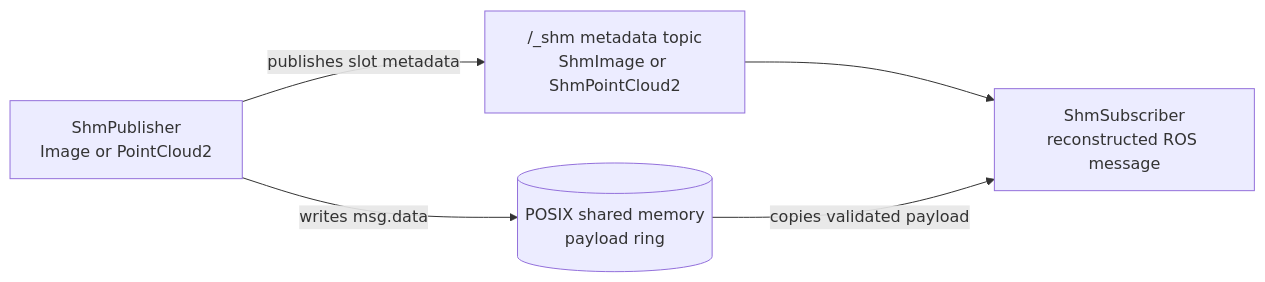
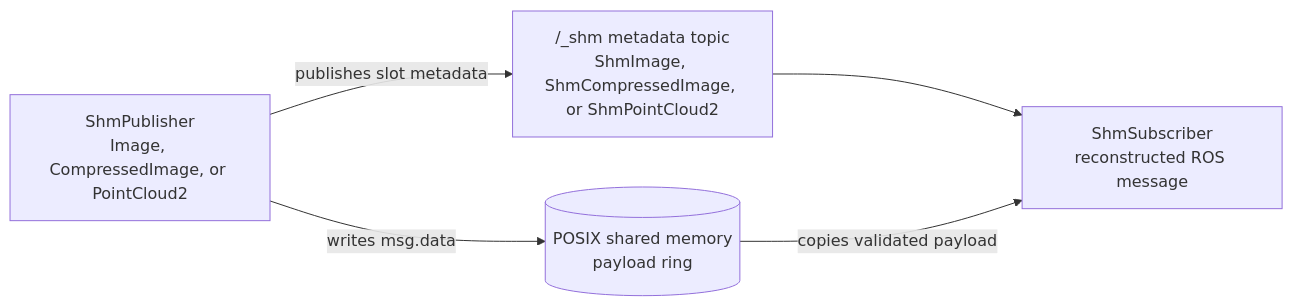
The first of 2 diagrams in README.md (Maik13579/ros2_shm_sensor_transport), drawn with Mermaid before and after one commit. The commit also changed other lines of this file and 17 other files, not shown here.

First line of the commit message:
Add compressed image SHM transport

````diff
--- a/README.md
+++ b/README.md
@@ -47,12 +48,12 @@
 ```mermaid
 flowchart LR
-    pub["ShmPublisher<br/>Image or PointCloud2"]
+    pub["ShmPublisher<br/>Image, CompressedImage, or PointCloud2"]
     shm[("POSIX shared memory<br/>payload ring")]
-    meta["/_shm metadata topic<br/>ShmImage or ShmPointCloud2"]
+    meta["/_shm metadata topic<br/>ShmImage, ShmCompressedImage, or ShmPointCloud2"]
     sub["ShmSubscriber<br/>reconstructed ROS message"]
 
     pub -- "writes msg.data" --> shm
     pub -- "publishes slot metadata" --> meta
     meta --> sub
     shm -- "copies validated payload" --> sub
 ```
````
